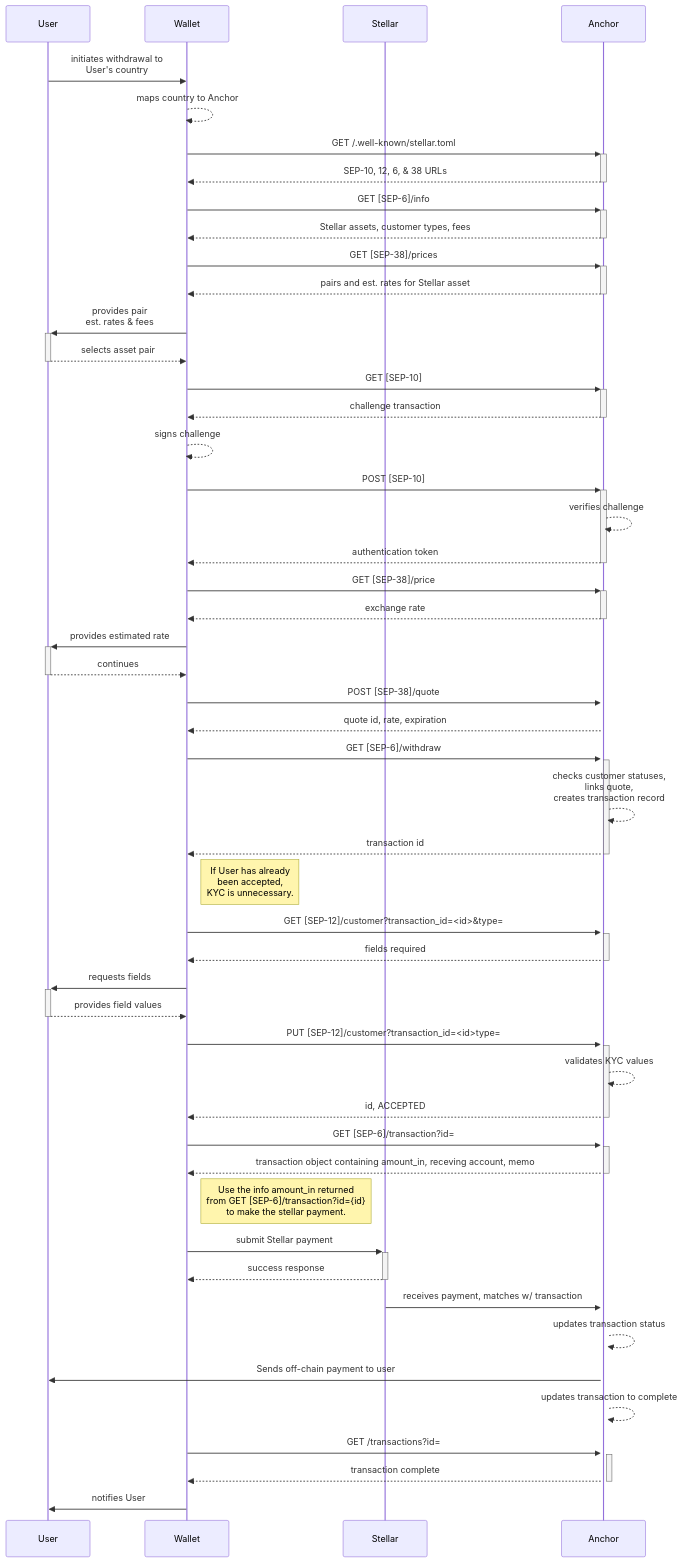
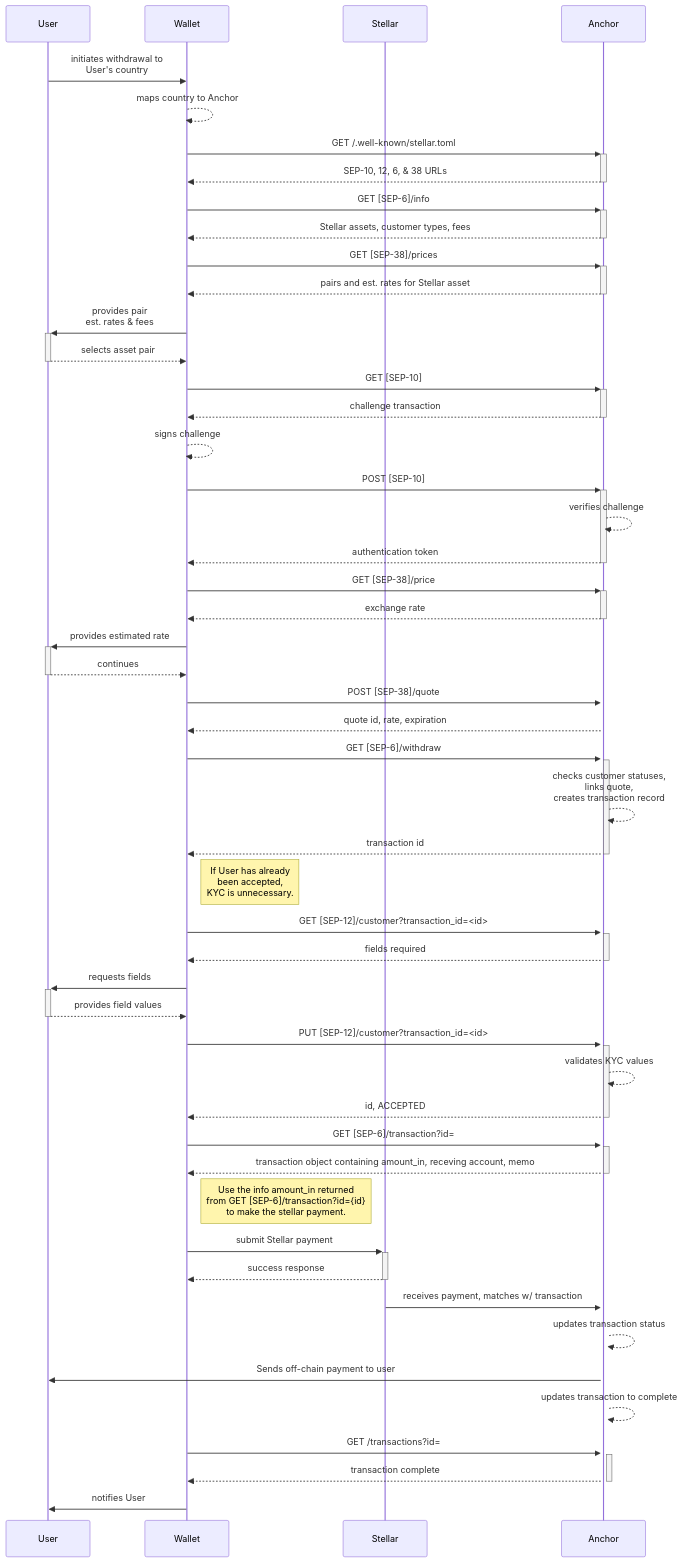
One commit to stellar/stellar-protocol changed the diagram in ecosystem/sep-0006.md. Above: the diagram before and after it, drawn with Mermaid. The commit also changed other lines of this file and 4 other files, not shown here.

````diff
--- a/ecosystem/sep-0006.md
+++ b/ecosystem/sep-0006.md
@@ -51,61 +51,61 @@
 ```mermaid
 sequenceDiagram
     participant User
     participant Wallet
     participant Stellar
     participant Anchor
     User->>Wallet: initiates withdrawal to <br> User's country
     Wallet-->>Wallet: maps country to Anchor
 
     Wallet->>+Anchor: GET /.well-known/stellar.toml
     Anchor-->>-Wallet: SEP-10, 12, 6, & 38 URLs
     Wallet->>+Anchor: GET [SEP-6]/info
     Anchor-->>-Wallet: Stellar assets, customer types, fees
     Wallet->>+Anchor: GET [SEP-38]/prices
     Anchor-->>-Wallet: pairs and est. rates for Stellar asset
 
     Wallet->>+User: provides pair <br> est. rates & fees
     User-->>-Wallet: selects asset pair
 
     Wallet->>+Anchor: GET [SEP-10]
     Anchor-->>-Wallet: challenge transaction
     Wallet-->>Wallet: signs challenge
     Wallet->>+Anchor: POST [SEP-10]
     Anchor-->>Anchor: verifies challenge
     Anchor-->>-Wallet: authentication token
 
     Wallet->>+Anchor: GET [SEP-38]/price
     Anchor-->>-Wallet: exchange rate
     Wallet->>+User: provides estimated rate
     User-->>-Wallet: continues
     Wallet->>+Anchor: POST [SEP-38]/quote
     Anchor-->>Wallet: quote id, rate, expiration
 
     Wallet->>+Anchor: GET [SEP-6]/withdraw
     Anchor-->>Anchor: checks customer statuses, <br> links quote, <br> creates transaction record
     Anchor-->>-Wallet: transaction id
 
     note right of Wallet: If User has already <br> been accepted, <br> KYC is unnecessary.
-    Wallet->>+Anchor: GET [SEP-12]/customer?transaction_id=<id>&type=
+    Wallet->>+Anchor: GET [SEP-12]/customer?transaction_id=<id>
     Anchor-->>-Wallet: fields required
     Wallet->>+User: requests fields
     User-->>-Wallet: provides field values
-    Wallet->>+Anchor: PUT [SEP-12]/customer?transaction_id=<id>type=
+    Wallet->>+Anchor: PUT [SEP-12]/customer?transaction_id=<id>
     Anchor-->>Anchor: validates KYC values
     Anchor-->>-Wallet: id, ACCEPTED
 
     Wallet->>+Anchor: GET [SEP-6]/transaction?id=
     Anchor-->>-Wallet: transaction object containing amount_in, receving account, memo
     note right of Wallet: Use the info amount_in returned <br> from GET [SEP-6]/transaction?id={id} <br> to make the stellar payment.
 
     Wallet->>+Stellar: submit Stellar payment
     Stellar-->>-Wallet: success response
     Stellar->>+Anchor: receives payment, matches w/ transaction
     Anchor-->>Anchor: updates transaction status
 
     Anchor->>User: Sends off-chain payment to user
     Anchor-->>Anchor: updates transaction to complete
     Wallet->>+Anchor: GET /transactions?id=
     Anchor-->>-Wallet: transaction complete
     Wallet->>User: notifies User
 ```
````
